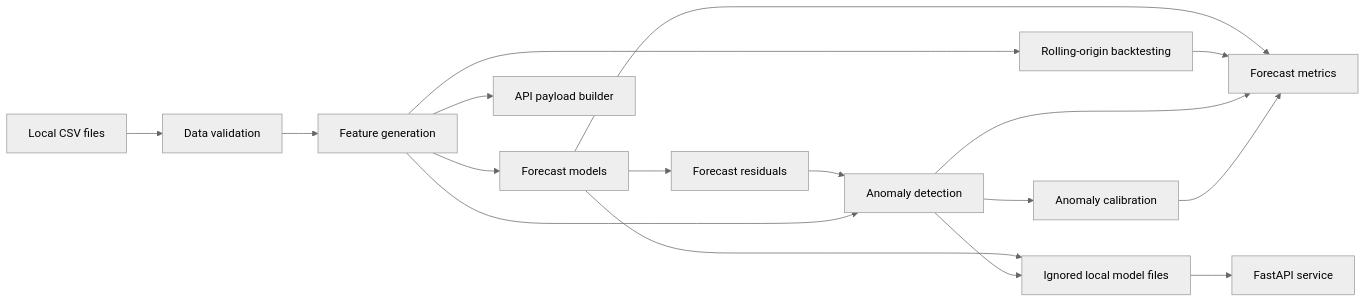
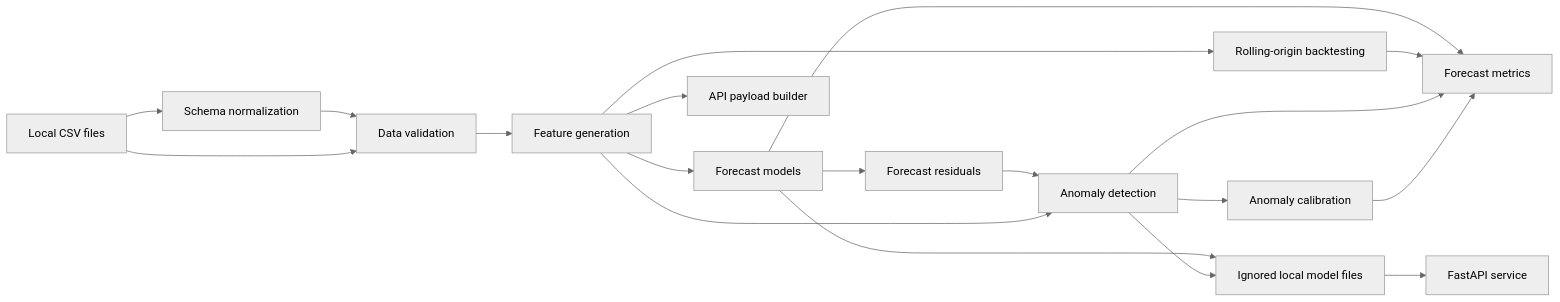
Before and after one commit to AmmarHafeez/energy-forecasting-anomaly-platform: the diagram in docs/architecture.md, drawn with Mermaid (neutral theme). The commit also changed other lines of this file and 5 other files, not shown here.

Commit message:
Add real data normalization workflow

````diff
--- a/docs/architecture.md
+++ b/docs/architecture.md
@@ -5,19 +5,21 @@
 ```mermaid
 flowchart LR
-    CSV["Local CSV files"] --> Parser["Data validation"]
+    CSV["Local CSV files"] --> Normalizer["Schema normalization"]
+    Normalizer --> Parser["Data validation"]
+    CSV --> Parser
     Parser --> Features["Feature generation"]
     Features --> Forecast["Forecast models"]
     Features --> Backtest["Rolling-origin backtesting"]
     Forecast --> Residuals["Forecast residuals"]
     Residuals --> Anomaly["Anomaly detection"]
     Features --> Anomaly
     Anomaly --> Calibration["Anomaly calibration"]
     Forecast --> Metrics["Forecast metrics"]
     Backtest --> Metrics
     Anomaly --> Metrics
     Calibration --> Metrics
     Features --> Payload["API payload builder"]
     Forecast --> Store["Ignored local model files"]
     Anomaly --> Store
     Store --> API["FastAPI service"]
 ```
````
